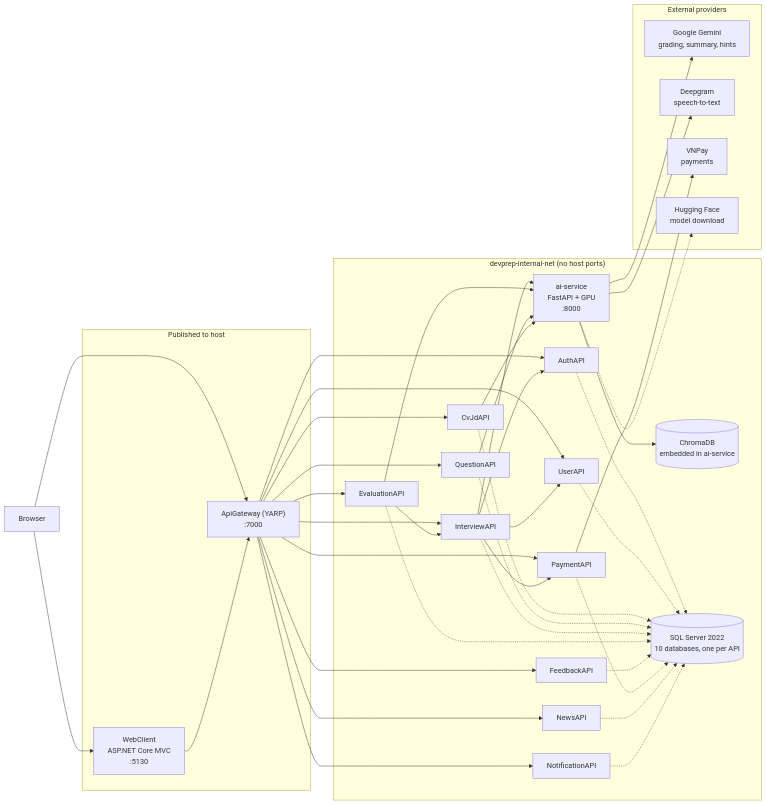
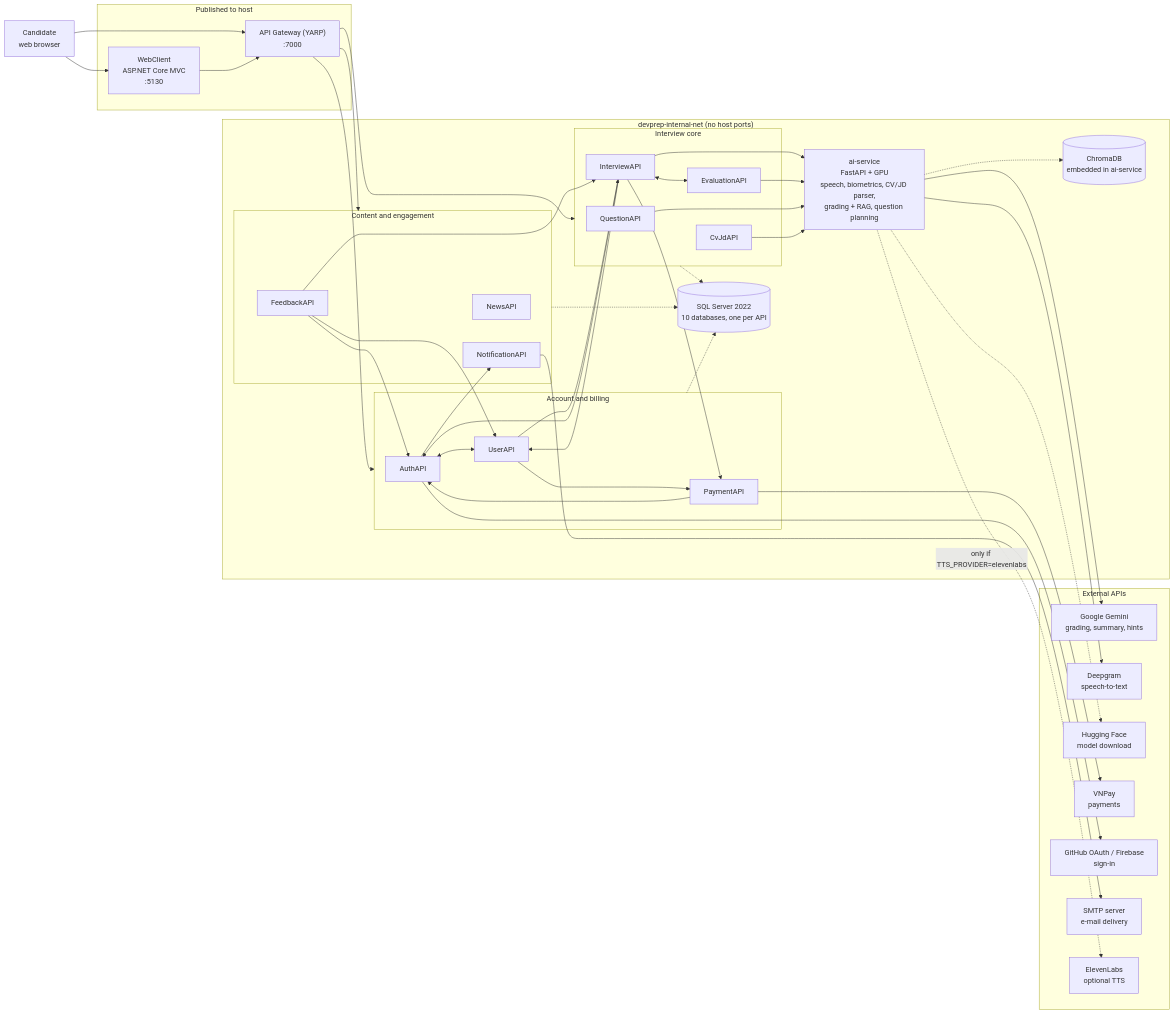
The diagram in README.md (Usopp204/DevPrep), drawn with Mermaid before and after one commit. The commit also changed other lines of this file and 2 other files, not shown here.

Commit message:
docs: add architecture diagram to README

````diff
--- a/README.md
+++ b/README.md
@@ -35,52 +40,84 @@
 ```mermaid
 flowchart LR
-    Browser
+    Browser["Candidate<br/>web browser"]
 
     subgraph Host["Published to host"]
         WebClient["WebClient<br/>ASP.NET Core MVC<br/>:5130"]
-        Gateway["ApiGateway (YARP)<br/>:7000"]
+        Gateway["API Gateway (YARP)<br/>:7000"]
     end
 
     subgraph Internal["devprep-internal-net (no host ports)"]
-        Auth[AuthAPI]
-        User[UserAPI]
-        CvJd[CvJdAPI]
-        Question[QuestionAPI]
-        Interview[InterviewAPI]
-        Evaluation[EvaluationAPI]
-        Feedback[FeedbackAPI]
-        Payment[PaymentAPI]
-        News[NewsAPI]
-        Notification[NotificationAPI]
-        AI["ai-service<br/>FastAPI + GPU<br/>:8000"]
+        subgraph Account["Account and billing"]
+            Auth[AuthAPI]
+            User[UserAPI]
+            Payment[PaymentAPI]
+        end
+        subgraph Core["Interview core"]
+            Question[QuestionAPI]
+            Evaluation[EvaluationAPI]
+            Interview[InterviewAPI]
+            CvJd[CvJdAPI]
+        end
+        subgraph Content["Content and engagement"]
+            News[NewsAPI]
+            Feedback[FeedbackAPI]
+            Notification[NotificationAPI]
+        end
+        AI["ai-service<br/>FastAPI + GPU<br/>speech, biometrics, CV/JD parser,<br/>grading + RAG, question planning"]
         Chroma[("ChromaDB<br/>embedded in ai-service")]
         SQL[("SQL Server 2022<br/>10 databases, one per API")]
     end
 
-    subgraph External["External providers"]
+    subgraph External["External APIs"]
         Gemini["Google Gemini<br/>grading, summary, hints"]
         Deepgram["Deepgram<br/>speech-to-text"]
+        HF["Hugging Face<br/>model download"]
         VNPay["VNPay<br/>payments"]
-        HF["Hugging Face<br/>model download"]
+        OAuth["GitHub OAuth / Firebase<br/>sign-in"]
+        SMTP["SMTP server<br/>e-mail delivery"]
+        Eleven["ElevenLabs<br/>optional TTS"]
     end
 
+    %% HTTP via gateway
     Browser --> WebClient
     Browser --> Gateway
     WebClient --> Gateway
-    Gateway --> Auth & User & CvJd & Question & Interview & Evaluation & Feedback & Payment & News & Notification
+    Gateway --> Account
+    Gateway --> Core
+    Gateway --> Content
 
+    %% Internal service calls (all calls found in HttpClient registrations)
+    Auth <--> User
+    User --> Payment
+    User --> Interview
+    Interview <--> Evaluation
+    Interview --> Payment
+    Interview --> Auth
+    Interview --> User
+    Payment --> Auth
+    Auth --> Notification
+    Feedback --> User
+    Feedback --> Auth
+    Feedback --> Interview
+
+    %% Calls to the AI service
     Interview --> AI
     Evaluation --> AI
     Question --> AI
     CvJd --> AI
-    Interview --> Payment
-    Interview --> User
-    Interview --> Auth
-    Evaluation --> Interview
-    AI --> Chroma
+
+    %% External APIs
     AI --> Gemini
     AI --> Deepgram
     AI -.-> HF
+    AI -.->|only if TTS_PROVIDER=elevenlabs| Eleven
     Payment --> VNPay
-    Auth & User & CvJd & Question & Interview & Evaluation & Feedback & Payment & News & Notification -.-> SQL
+    Auth --> OAuth
+    Notification --> SMTP
+
+    %% Data access
+    AI -.-> Chroma
+    Account -.-> SQL
+    Core -.-> SQL
+    Content -.-> SQL
 ```
````
